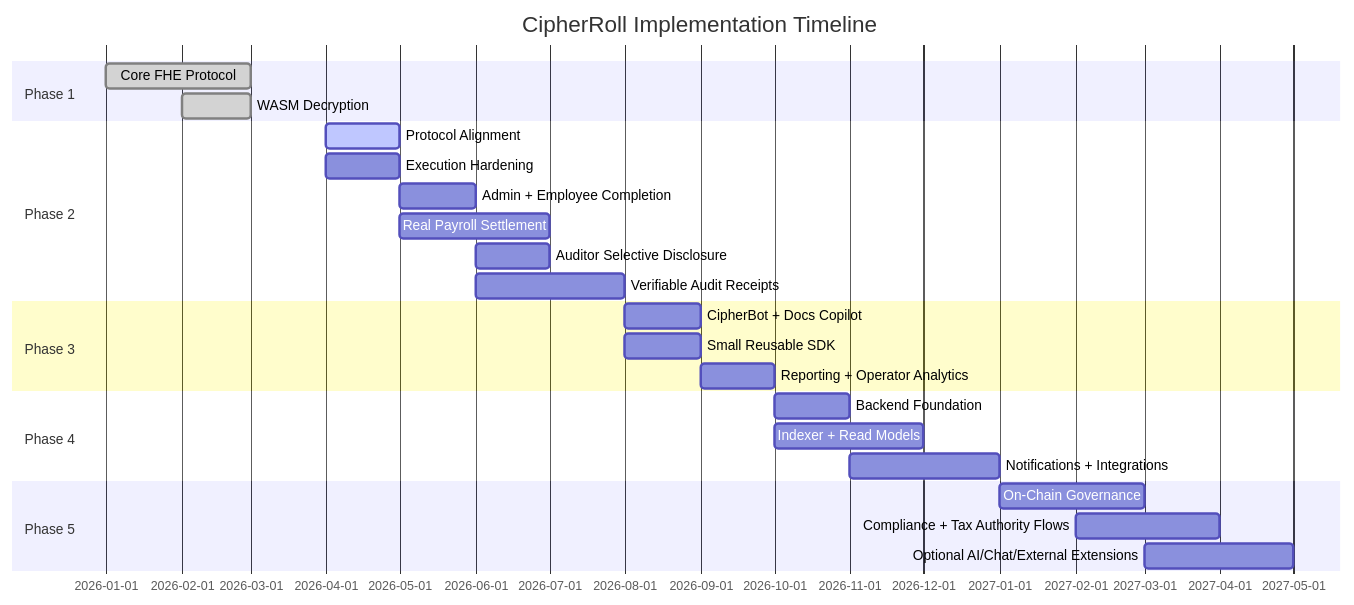
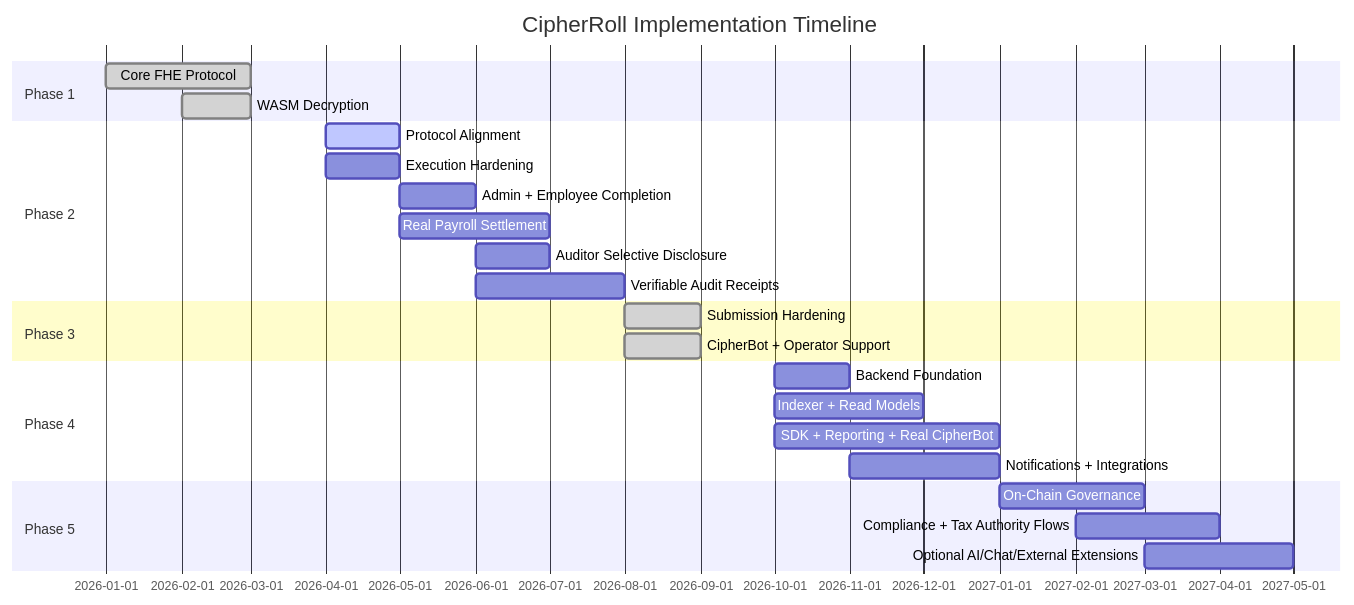
Before and after one commit to PhanTom497/CipherRoll: the diagram in docs/ROADMAP.md, drawn with Mermaid. The commit also changed other lines of this file and 1 other file, not shown here.

````diff
--- a/docs/ROADMAP.md
+++ b/docs/ROADMAP.md
@@ -168,27 +163,27 @@
 ```mermaid
 gantt
     title CipherRoll Implementation Timeline
     dateFormat YYYY-MM
     section Phase 1
     Core FHE Protocol :done, p1, 2026-01, 2026-03
     WASM Decryption :done, p2, 2026-02, 2026-03
     section Phase 2
     Protocol Alignment :active, p3, 2026-04, 2026-05
     Execution Hardening : p4, 2026-04, 2026-05
     Admin + Employee Completion : p5, 2026-05, 2026-06
     Real Payroll Settlement : p6, 2026-05, 2026-07
     Auditor Selective Disclosure : p7, 2026-06, 2026-07
     Verifiable Audit Receipts : p8, 2026-06, 2026-08
     section Phase 3
-    CipherBot + Docs Copilot : p9, 2026-08, 2026-09
-    Small Reusable SDK : p10, 2026-08, 2026-09
-    Reporting + Operator Analytics : p11, 2026-09, 2026-10
+    Submission Hardening :done, p9, 2026-08, 2026-09
+    CipherBot + Operator Support :done, p10, 2026-08, 2026-09
     section Phase 4
-    Backend Foundation : p12, 2026-10, 2026-11
-    Indexer + Read Models : p13, 2026-10, 2026-12
+    Backend Foundation : p11, 2026-10, 2026-11
+    Indexer + Read Models : p12, 2026-10, 2026-12
+    SDK + Reporting + Real CipherBot : p13, 2026-10, 2027-01
     Notifications + Integrations : p14, 2026-11, 2027-01
     section Phase 5
     On-Chain Governance : p15, 2027-01, 2027-03
     Compliance + Tax Authority Flows : p16, 2027-02, 2027-04
     Optional AI/Chat/External Extensions : p17, 2027-03, 2027-05
 ```
````
